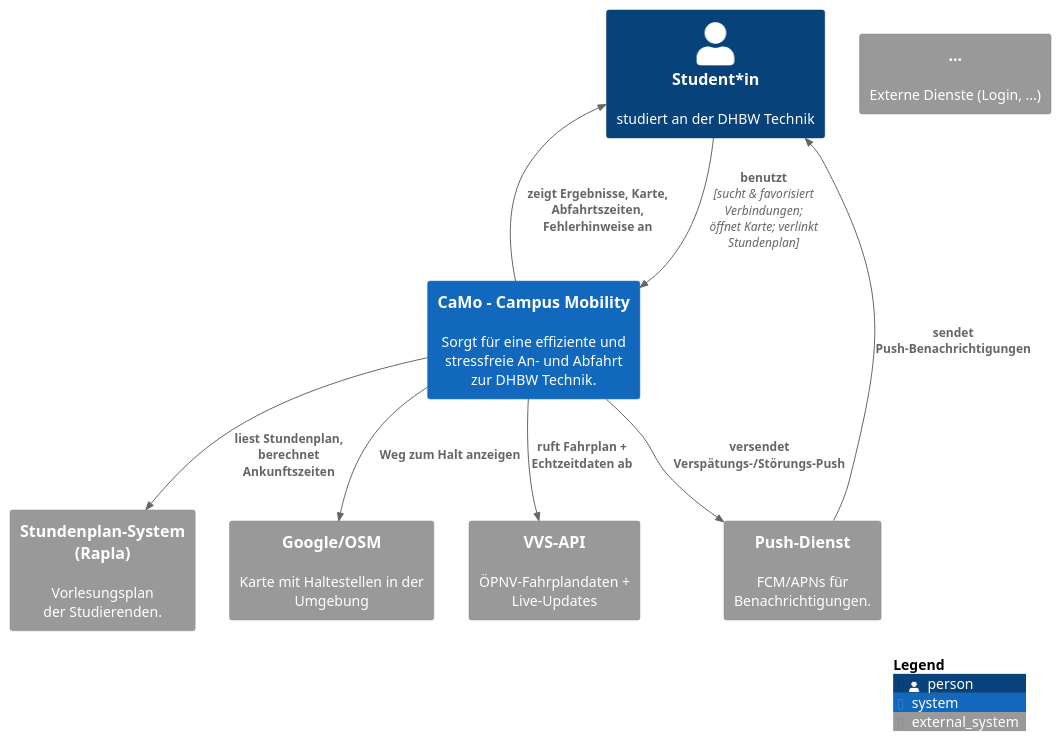
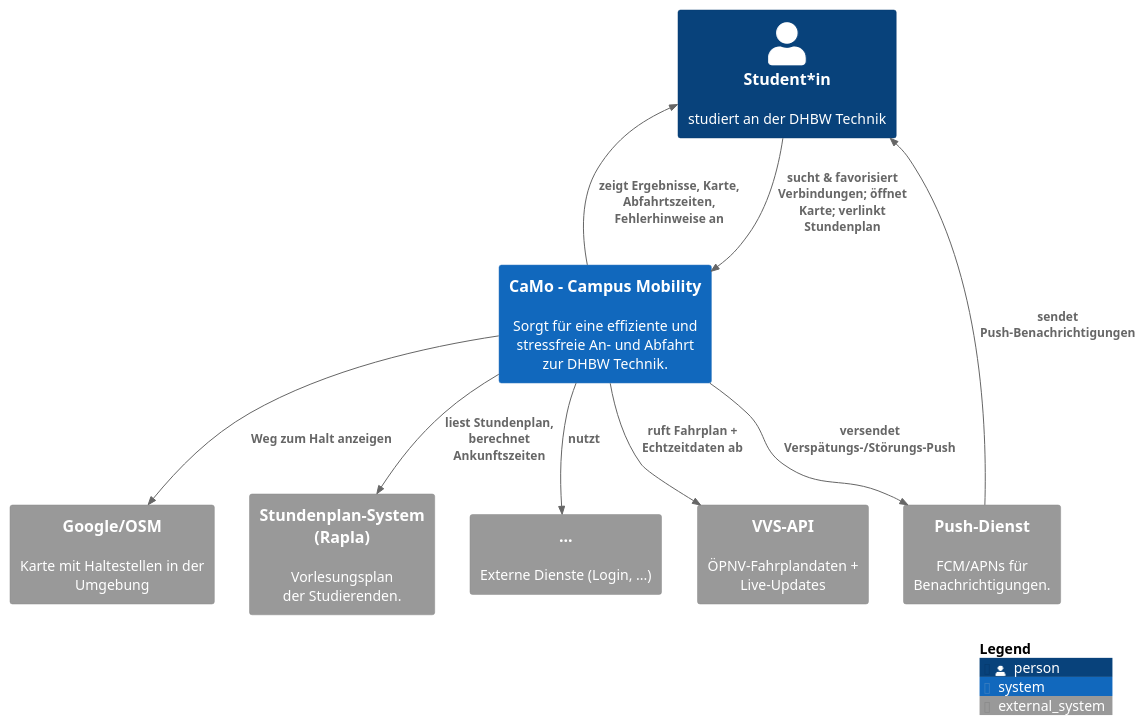
One commit to Isabella25B/CaMo---Campus-Mobility changed the diagram in docs/architecture/c4_beispiel.puml. Above: the diagram before and after it, drawn with PlantUML.

Commit message:
paar verbesserungen

```diff
--- a/docs/architecture/c4_beispiel.puml
+++ b/docs/architecture/c4_beispiel.puml
@@ -1,35 +1,36 @@
 @startuml C4_Context_Example
 ' C4-PlantUML Context diagram include (remote)
 !includeurl https://raw.githubusercontent.com/plantuml-stdlib/C4-PlantUML/master/C4_Context.puml
 
 ' optional: set skinparams oder Theme (siehe Repo für Varianten)
 
 ' Titel
 LAYOUT_WITH_LEGEND()
 
 ' Definiere System und Actor
 Person(person, "Student*in", "studiert an der DHBW Technik")
 System(camo, "CaMo - Campus Mobility", "Sorgt für eine effiziente und stressfreie An- und Abfahrt zur DHBW Technik.")
 
 ' Externe Systeme
 System_Ext(vvs,  "VVS-API", "ÖPNV-Fahrplandaten + Live-Updates")
 System_Ext(maps, "Google/OSM", "Karte mit Haltestellen in der Umgebung")
 System_Ext(push, "Push-Dienst", "FCM/APNs für Benachrichtigungen.")
 System_Ext(plan, "Stundenplan-System (Rapla)", "Vorlesungsplan der Studierenden.")
 System_Ext(marcel, "...", "Externe Dienste (Login, ...)")
 
 ' Beziehungen
-Rel(person, camo, "benutzt", "sucht & favorisiert Verbindungen; öffnet Karte; verlinkt Stundenplan")
-Rel(camo, vvs,  "ruft Fahrplan + Echtzeitdaten ab", "")
-Rel(camo, maps, "Weg zum Halt anzeigen", "")
-Rel(camo, push, "versendet Verspätungs-/Störungs-Push", "")
-Rel(camo, plan, "liest Stundenplan, berechnet Ankunftszeiten", "")
+Rel(person, camo, "sucht & favorisiert Verbindungen; öffnet Karte; verlinkt Stundenplan")
+Rel(camo, vvs,  "ruft Fahrplan + Echtzeitdaten ab")
+Rel(camo, maps, "Weg zum Halt anzeigen")
+Rel(camo, push, "versendet Verspätungs-/Störungs-Push")
+Rel(camo, plan, "liest Stundenplan, berechnet Ankunftszeiten")
+Rel(camo, marcel, "nutzt")
 
 ' Rückflüsse
 Rel_D(camo, person, "zeigt Ergebnisse, Karte, Abfahrtszeiten, Fehlerhinweise an")
 Rel_D(push, person, "sendet Push-Benachrichtigungen")
 
 
 ' Ausgabe: Kontextdiagramm
 SHOW_LEGEND()
 @enduml
```
